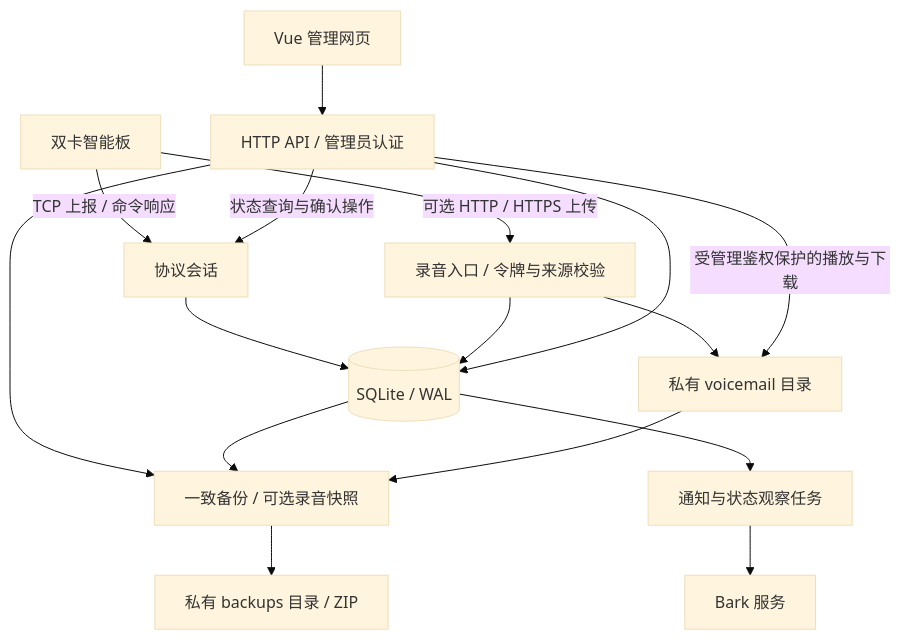
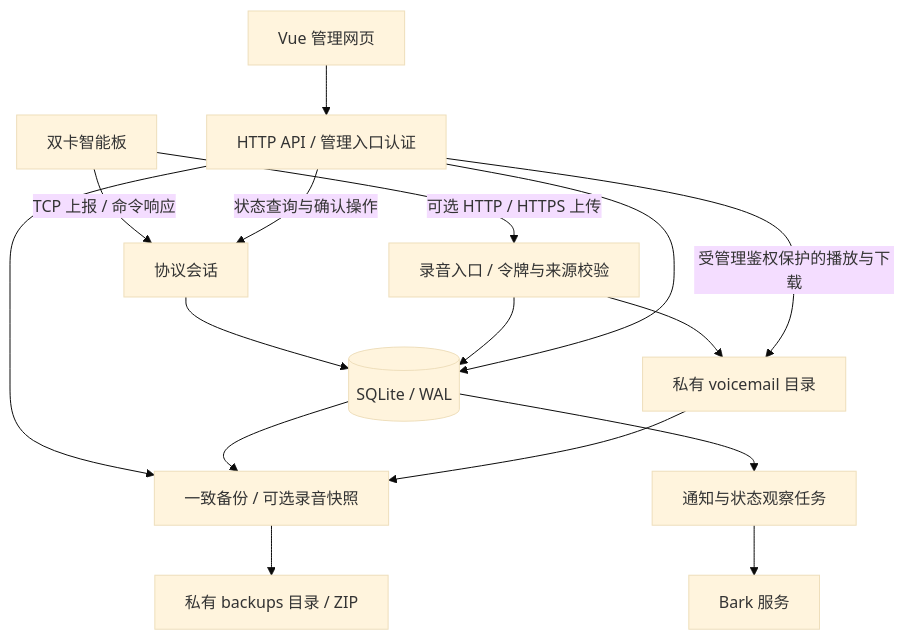
The diagram in docs/architecture.md (Battery233/sim-harbor), drawn with Mermaid (base theme) before and after one commit. The commit also changed other lines of this file and 10 other files, not shown here.

````diff
--- a/docs/architecture.md
+++ b/docs/architecture.md
@@ -5,18 +5,18 @@
 ```mermaid
 flowchart TB
     Board[双卡智能板] -->|TCP 上报 / 命令响应| TCP[协议会话]
     TCP --> Store[(SQLite / WAL)]
     Board -->|可选 HTTP / HTTPS 上传| Upload[录音入口 / 令牌与来源校验]
     Upload --> Store
     Upload --> Audio[私有 voicemail 目录]
-    Web[Vue 管理网页] --> API[HTTP API / 管理员认证]
+    Web[Vue 管理网页] --> API[HTTP API / 管理入口认证]
     API --> Store
     API -->|受管理鉴权保护的播放与下载| Audio
     API --> Backup[一致备份 / 可选录音快照]
     Store --> Backup
     Audio --> Backup
     Backup --> ZIP[私有 backups 目录 / ZIP]
     API -->|状态查询与确认操作| TCP
     Store --> Worker[通知与状态观察任务]
     Worker --> Bark[Bark 服务]
 ```
````
